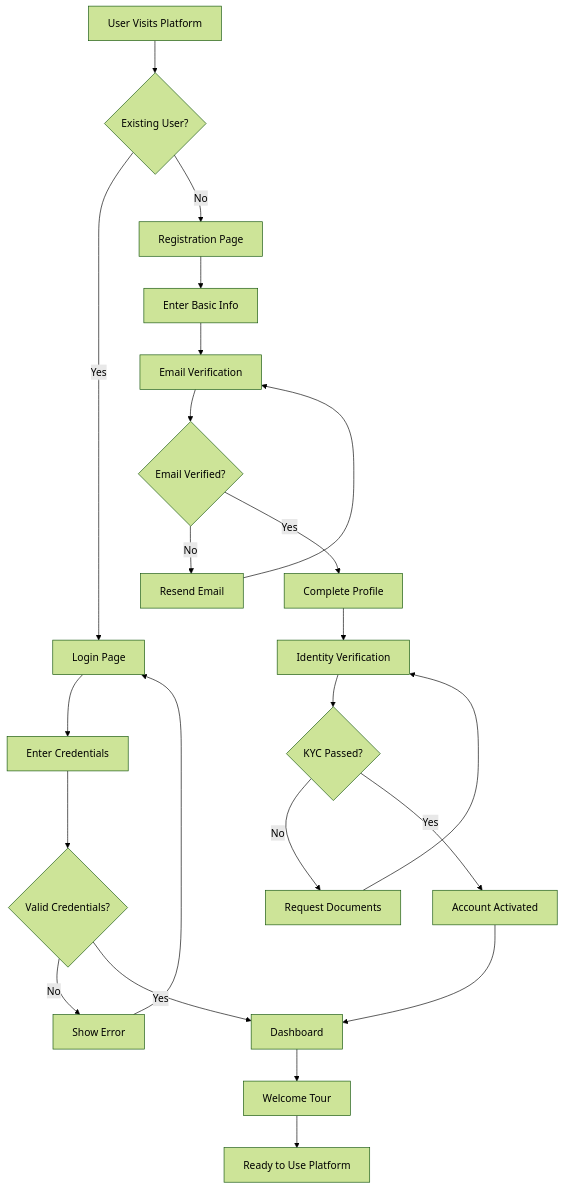
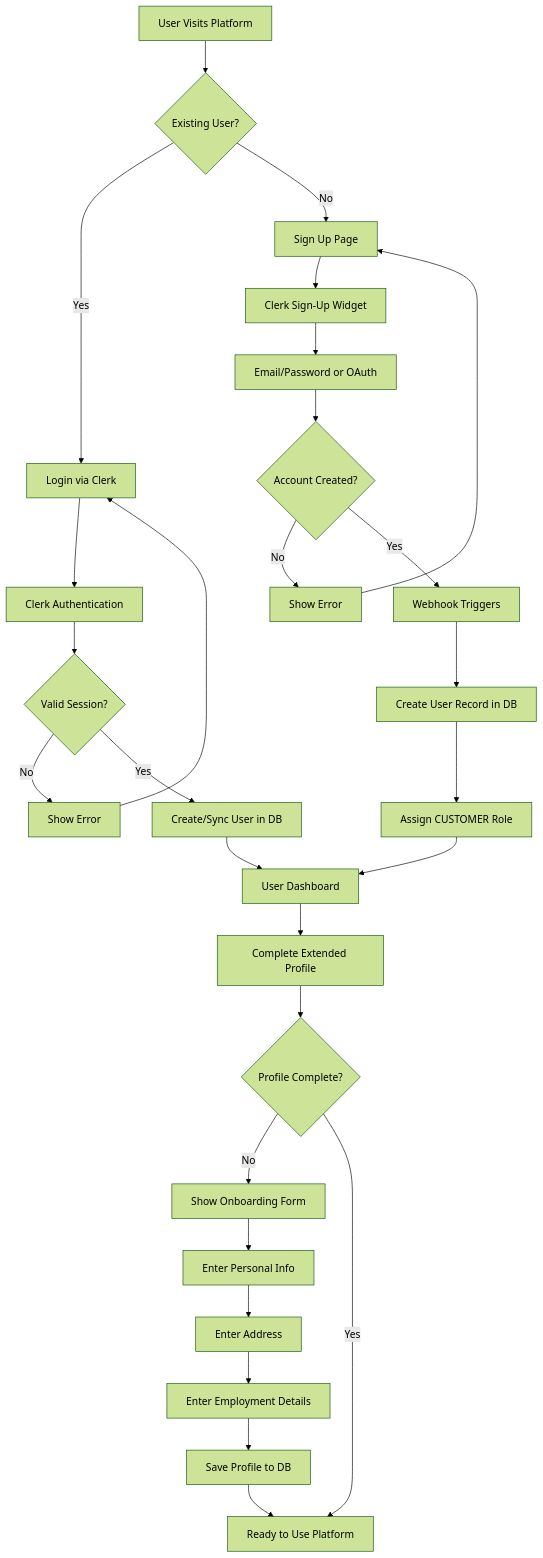
Before and after one commit to ytgTonz/lalisure: the first of 12 diagrams in docs/developer/FLOWCHARTS.md, drawn with Mermaid (forest theme). The commit also changed other lines of this file and 2 other files, not shown here.

````diff
--- a/docs/developer/FLOWCHARTS.md
+++ b/docs/developer/FLOWCHARTS.md
@@ -5,25 +5,32 @@
 ```mermaid
 flowchart TD
     A[User Visits Platform] --> B{Existing User?}
-    B -->|Yes| C[Login Page]
-    B -->|No| D[Registration Page]
-    
-    C --> E[Enter Credentials]
-    E --> F{Valid Credentials?}
+    B -->|Yes| C[Login via Clerk]
+    B -->|No| D[Sign Up Page]
+
+    C --> E[Clerk Authentication]
+    E --> F{Valid Session?}
     F -->|No| G[Show Error] --> C
-    F -->|Yes| H[Dashboard]
-    
-    D --> I[Enter Basic Info]
-    I --> J[Email Verification]
-    J --> K{Email Verified?}
-    K -->|No| L[Resend Email] --> J
-    K -->|Yes| M[Complete Profile]
-    M --> N[Identity Verification]
-    N --> O{KYC Passed?}
-    O -->|No| P[Request Documents] --> N
-    O -->|Yes| Q[Account Activated]
-    Q --> H[Dashboard]
-    
-    H --> R[Welcome Tour]
-    R --> S[Ready to Use Platform]
+    F -->|Yes| H[Create/Sync User in DB]
+
+    D --> I[Clerk Sign-Up Widget]
+    I --> J[Email/Password or OAuth]
+    J --> K{Account Created?}
+    K -->|No| L[Show Error] --> D
+    K -->|Yes| M[Webhook Triggers]
+    M --> N[Create User Record in DB]
+    N --> O[Assign CUSTOMER Role]
+    O --> P[User Dashboard]
+
+    H --> P
+    P --> Q[Complete Extended Profile]
+    Q --> R{Profile Complete?}
+    R -->|No| S[Show Onboarding Form]
+    R -->|Yes| T[Ready to Use Platform]
+
+    S --> U[Enter Personal Info]
+    U --> V[Enter Address]
+    V --> W[Enter Employment Details]
+    W --> X[Save Profile to DB]
+    X --> T
 ```
````
